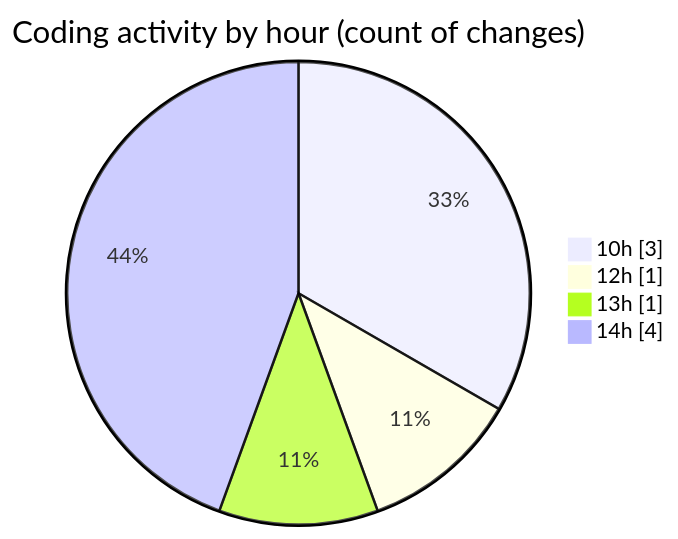
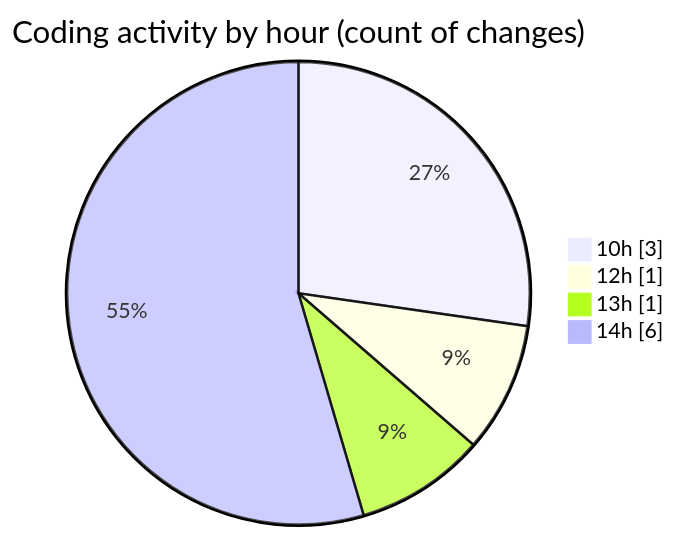
Before and after one commit to ricardozamudiocil/code-tracking: the second of 2 diagrams in 2026-09-16/cilreports__workspace_/README.md, drawn with Mermaid. The commit also changed other lines of this file and 1 other file, not shown here.

````diff
--- a/2026-09-16/cilreports__workspace_/README.md
+++ b/2026-09-16/cilreports__workspace_/README.md
@@ -33,8 +33,8 @@
 ```mermaid
 pie showData
 title Coding activity by hour (count of changes)
 "10h" : 3
 "12h" : 1
 "13h" : 1
-"14h" : 4
+"14h" : 6
 ```
````
